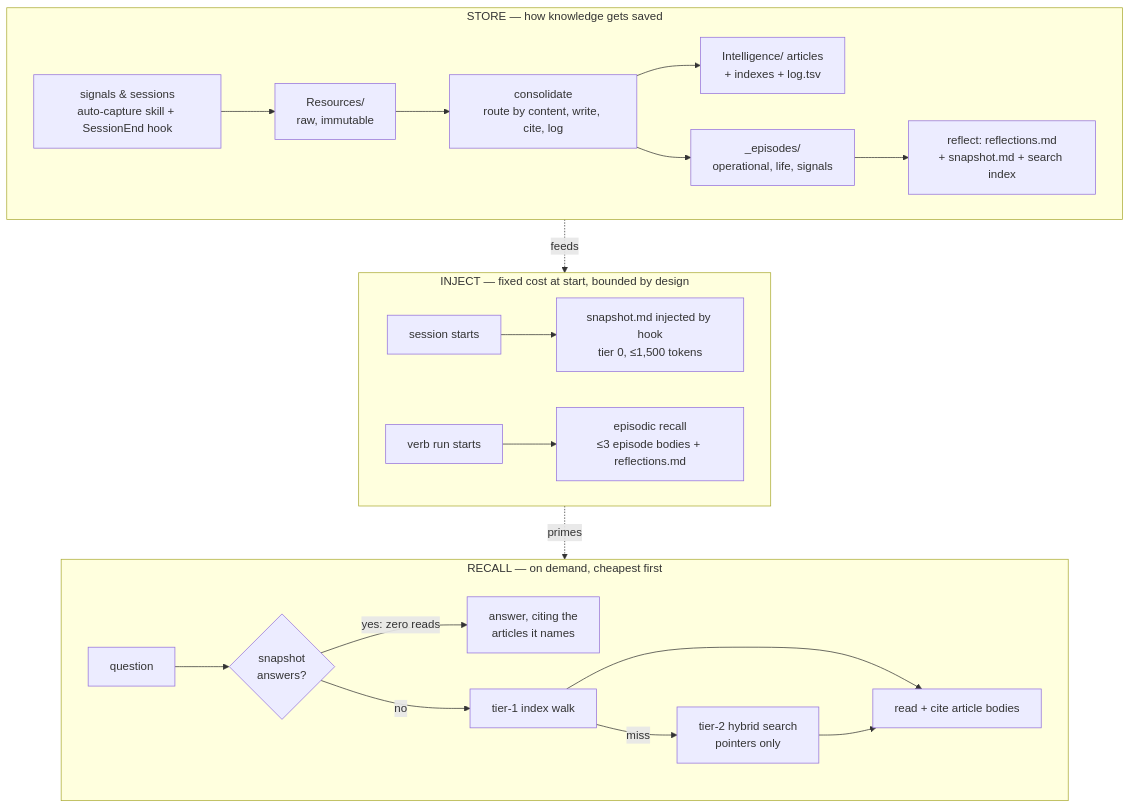
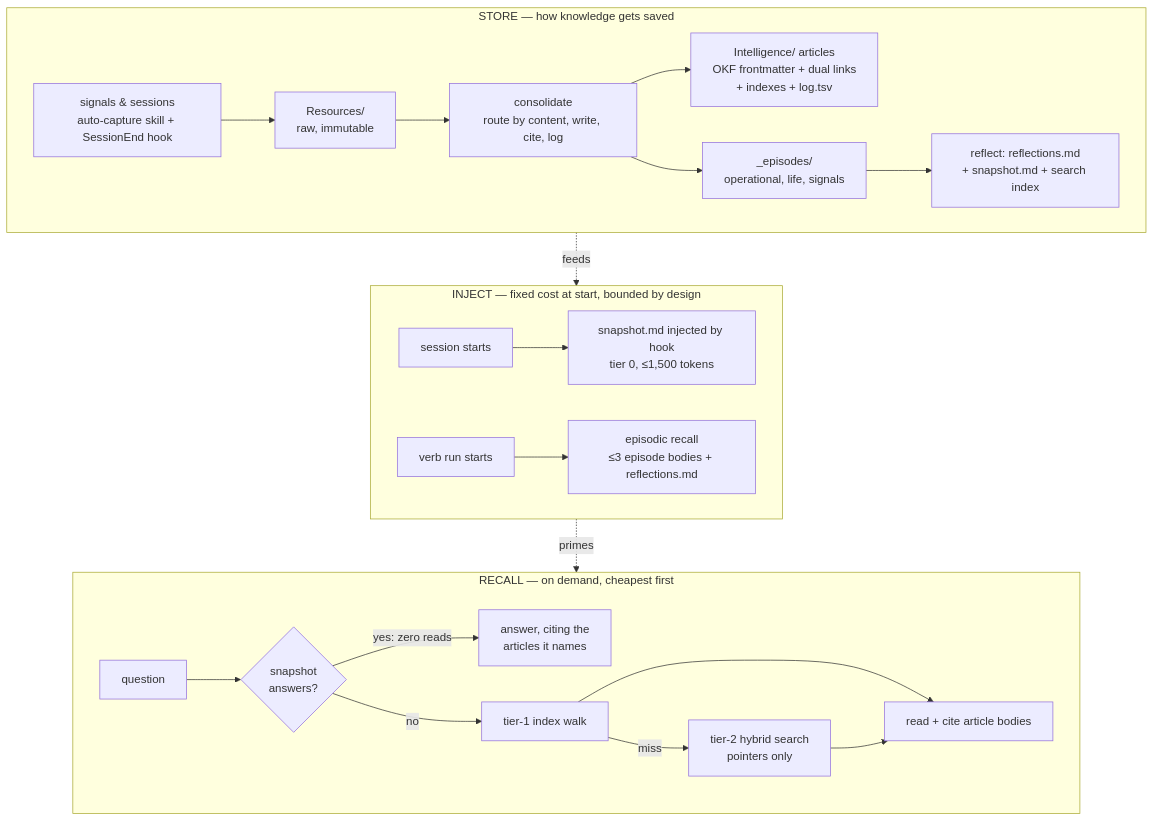
The first of 4 diagrams in README.md (mmanzini/agentic-knowledge-engine), drawn with Mermaid before and after one commit. The commit also changed other lines of this file and 11 other files, not shown here.

First line of the commit message:
OKF: frontmatter, dual-link graph, export verb + tooling

````diff
--- a/README.md
+++ b/README.md
@@ -58,27 +63,27 @@
 ```mermaid
 flowchart TB
     subgraph store ["STORE — how knowledge gets saved"]
         direction LR
         A["signals & sessions<br/>auto-capture skill + SessionEnd hook"] --> B["Resources/<br/>raw, immutable"]
         B --> C["consolidate<br/>route by content, write, cite, log"]
-        C --> D["Intelligence/ articles<br/>+ indexes + log.tsv"]
+        C --> D["Intelligence/ articles<br/>OKF frontmatter + dual links<br/>+ indexes + log.tsv"]
         C --> E["_episodes/<br/>operational, life, signals"]
         E --> F["reflect: reflections.md<br/>+ snapshot.md + search index"]
     end
     subgraph inject ["INJECT — fixed cost at start, bounded by design"]
         direction LR
         G["session starts"] --> H["snapshot.md injected by hook<br/>tier 0, ≤1,500 tokens"]
         I["verb run starts"] --> J["episodic recall<br/>≤3 episode bodies + reflections.md"]
     end
     subgraph recall ["RECALL — on demand, cheapest first"]
         direction LR
         K["question"] --> L{"snapshot<br/>answers?"}
         L -- "yes: zero reads" --> M["answer, citing the<br/>articles it names"]
         L -- no --> N["tier-1 index walk"]
         N -- miss --> O["tier-2 hybrid search<br/>pointers only"]
         N --> P["read + cite article bodies"]
         O --> P
     end
     store -.->|"feeds"| inject
     inject -.->|"primes"| recall
 ```
````
